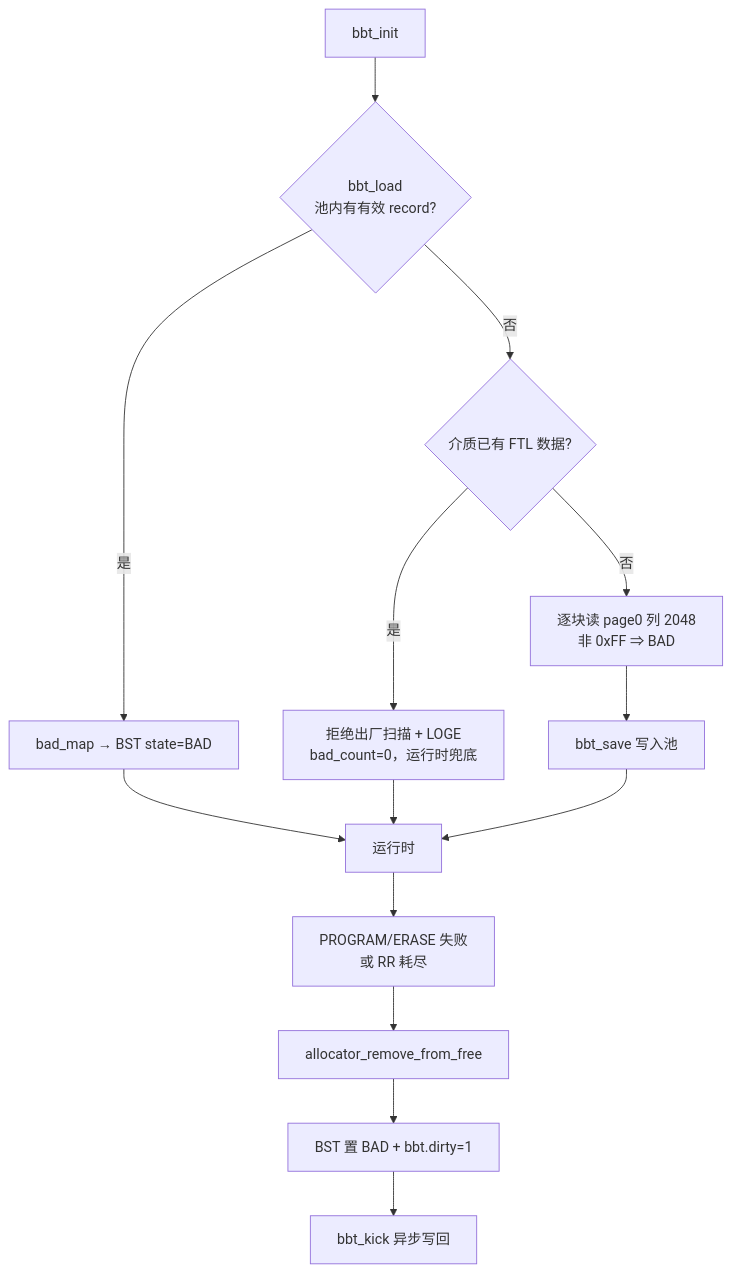
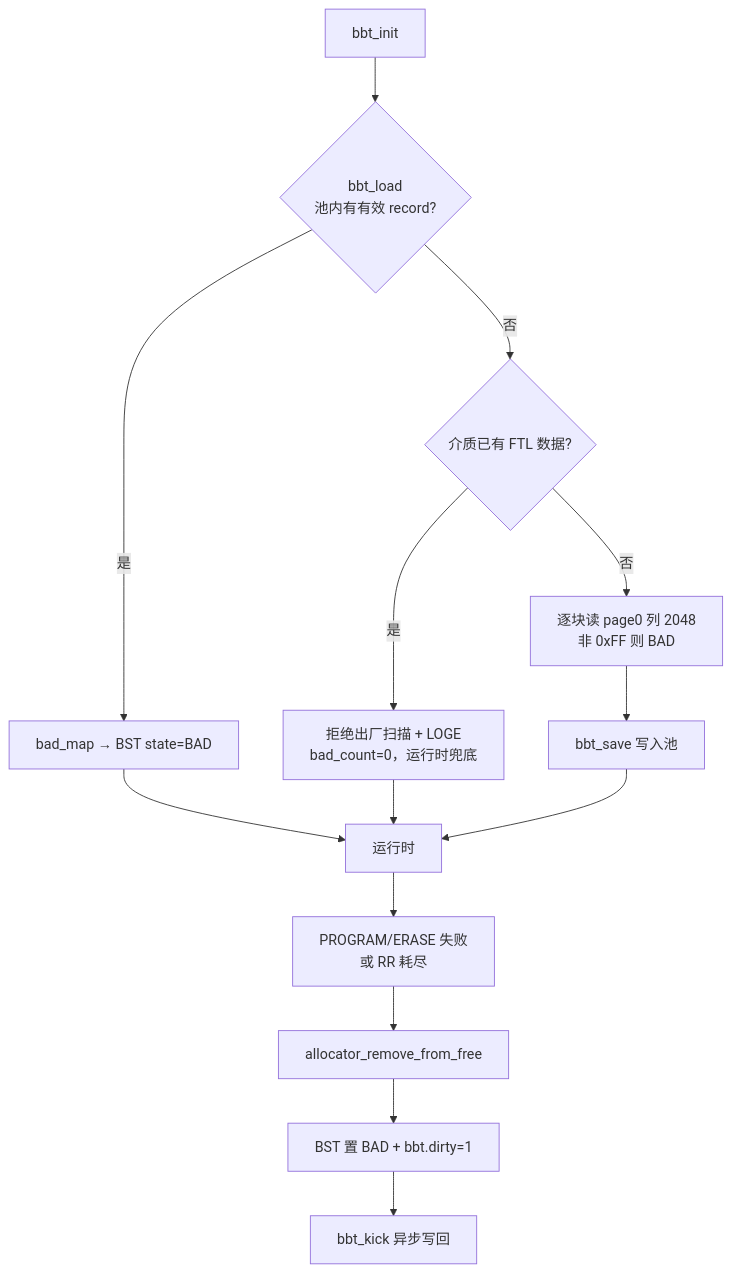
Before and after one commit to YzYMIAO/BASESSD: the fourth of 28 diagrams in docs/design/ftl_design.md, drawn with Mermaid. The commit also changed other lines of this file, not shown here.

First line of the commit message:
docs(ftl): 修复 GitHub 目录跳转与 mermaid 渲染

````diff
--- a/docs/design/ftl_design.md
+++ b/docs/design/ftl_design.md
@@ -786,16 +804,16 @@
 ```mermaid
 flowchart TD
     INIT["bbt_init"] --> LOAD{"bbt_load<br/>池内有有效 record?"}
     LOAD -- "是" --> REBUILD["bad_map → BST state=BAD"]
     LOAD -- "否" --> USED{"介质已有 FTL 数据?"}
     USED -- "是" --> REJECT["拒绝出厂扫描 + LOGE<br/>bad_count=0，运行时兜底"]
-    USED -- "否" --> SCAN["逐块读 page0 列 2048<br/>非 0xFF ⇒ BAD"]
+    USED -- "否" --> SCAN["逐块读 page0 列 2048<br/>非 0xFF 则 BAD"]
     SCAN --> SAVE["bbt_save 写入池"]
     REBUILD --> RUN["运行时"]
     REJECT --> RUN
     SAVE --> RUN
     RUN --> MARK["PROGRAM/ERASE 失败<br/>或 RR 耗尽"]
     MARK --> EXPEL["allocator_remove_from_free"]
     EXPEL --> BAD["BST 置 BAD + bbt.dirty=1"]
     BAD --> KICK["bbt_kick 异步写回"]
 ```
````
